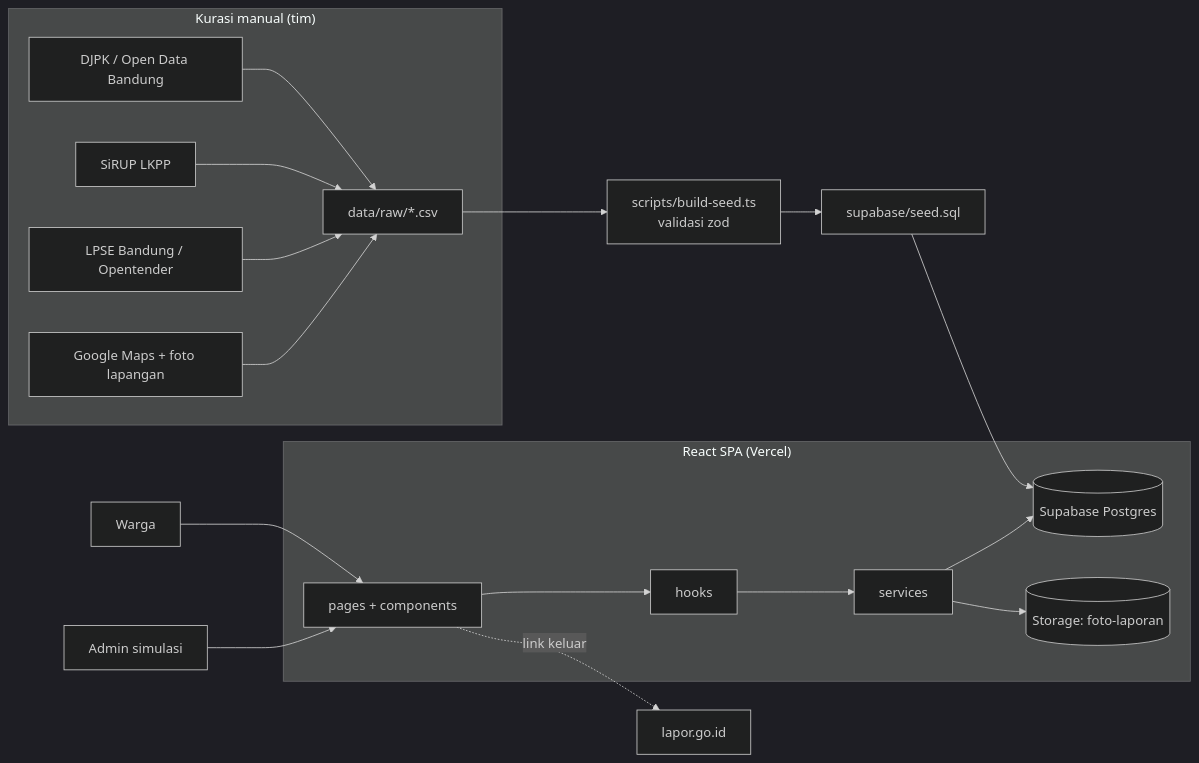
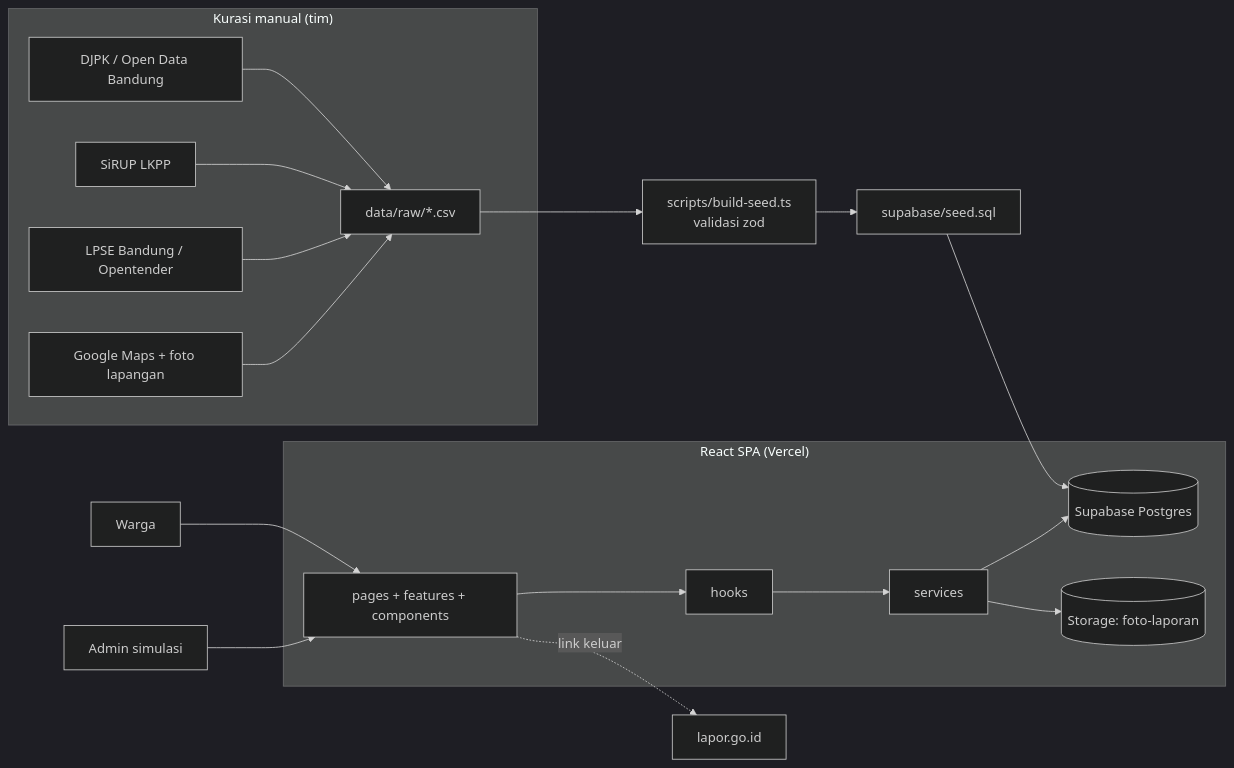
Before and after one commit to Biagiarchiefz/jejak-anggaran: the diagram in Architecture.md, drawn with Mermaid (dark theme). The commit also changed other lines of this file and 197 other files, not shown here.

````diff
--- a/Architecture.md
+++ b/Architecture.md
@@ -7,18 +7,18 @@
 ```mermaid
 flowchart LR
   subgraph Kurasi["Kurasi manual (tim)"]
     A[DJPK / Open Data Bandung] --> R[data/raw/*.csv]
     B[SiRUP LKPP] --> R
     C[LPSE Bandung / Opentender] --> R
     D[Google Maps + foto lapangan] --> R
   end
   R --> S[scripts/build-seed.ts<br/>validasi zod] --> Q[supabase/seed.sql]
   Q --> PG[(Supabase Postgres)]
   subgraph App["React SPA (Vercel)"]
-    UI[pages + components] --> H[hooks] --> SV[services] --> PG
+    UI[pages + features + components] --> H[hooks] --> SV[services] --> PG
     SV --> ST[(Storage: foto-laporan)]
   end
   W[Warga] --> UI
   AD[Admin simulasi] --> UI
   UI -. link keluar .-> L[lapor.go.id]
 ```
````
